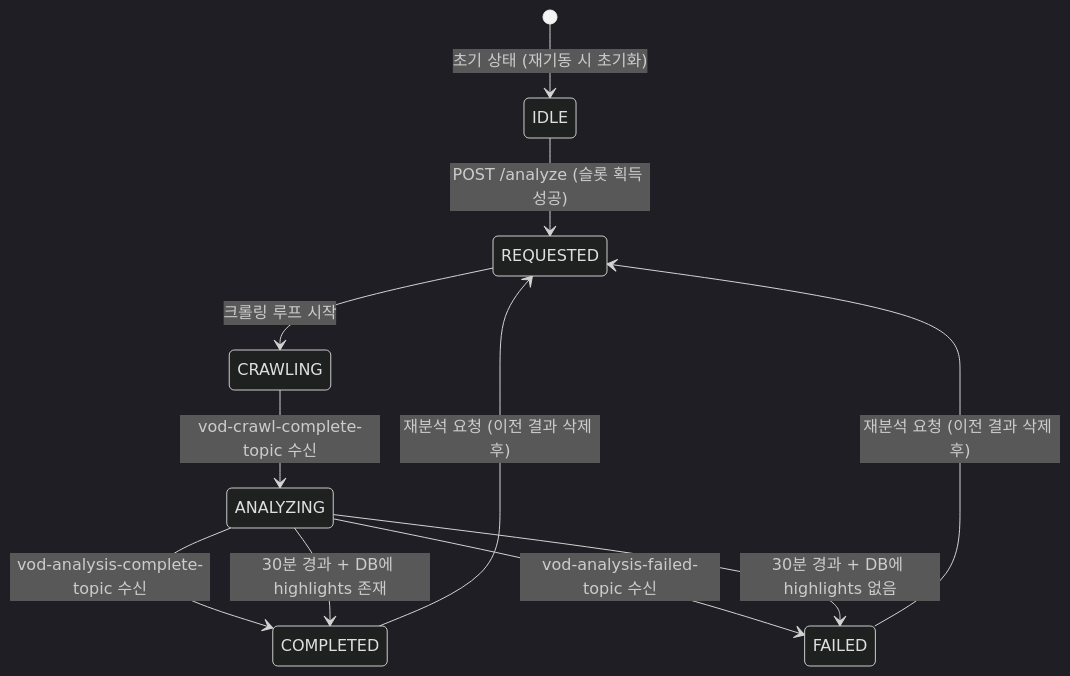
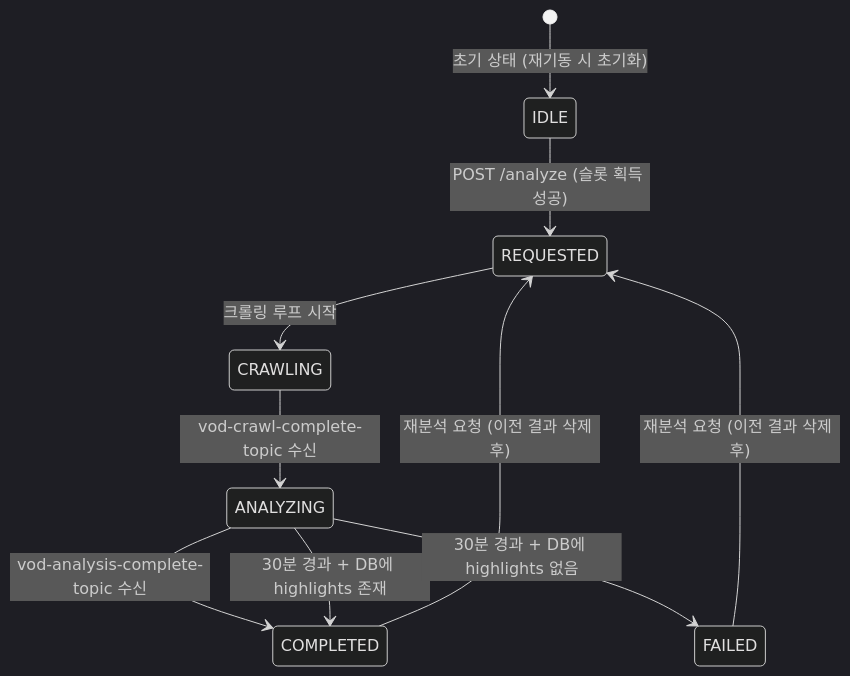
One commit to oneul0/Project-neul changed diagram 15 of 25 in docs/design/30_system_reliability.md. Above: the diagram before and after it, drawn with Mermaid (dark theme). The commit also changed other lines of this file, not shown here.

````diff
--- a/docs/design/30_system_reliability.md
+++ b/docs/design/30_system_reliability.md
@@ -520,15 +532,14 @@
 ```mermaid
 stateDiagram-v2
     [*] --> IDLE : 초기 상태 (재기동 시 초기화)
 
     IDLE --> REQUESTED : POST /analyze (슬롯 획득 성공)
     REQUESTED --> CRAWLING : 크롤링 루프 시작
     CRAWLING --> ANALYZING : vod-crawl-complete-topic 수신
     ANALYZING --> COMPLETED : vod-analysis-complete-topic 수신
-    ANALYZING --> FAILED : vod-analysis-failed-topic 수신
     ANALYZING --> COMPLETED : 30분 경과 + DB에 highlights 존재
     ANALYZING --> FAILED : 30분 경과 + DB에 highlights 없음
 
     FAILED --> REQUESTED : 재분석 요청 (이전 결과 삭제 후)
     COMPLETED --> REQUESTED : 재분석 요청 (이전 결과 삭제 후)
 ```
````
